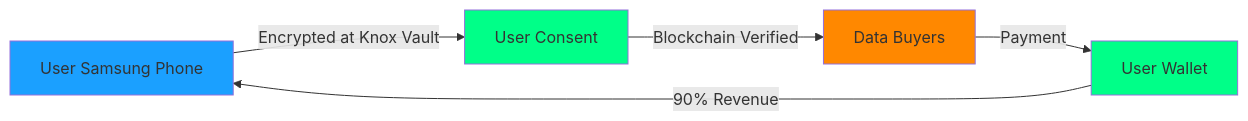
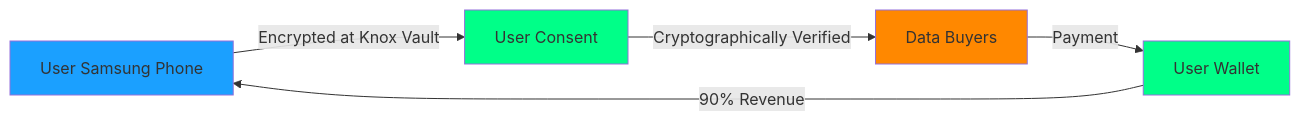
Before and after one commit to yxl74/AI_PITCH: the second of 11 diagrams in pitch.md, drawn with Mermaid. The commit also changed other lines of this file, not shown here.

````diff
--- a/pitch.md
+++ b/pitch.md
@@ -59,12 +59,12 @@
 ```mermaid
 graph LR
     A[User Samsung Phone] -->|Encrypted at Knox Vault| B[User Consent]
-    B -->|Blockchain Verified| C[Data Buyers]
+    B -->|Cryptographically Verified| C[Data Buyers]
     C -->|Payment| D[User Wallet]
     D -->|90% Revenue| A
     
     style A fill:#1ba0ff
     style B fill:#00ff88
     style C fill:#ff8800
     style D fill:#00ff88
 ```
````
